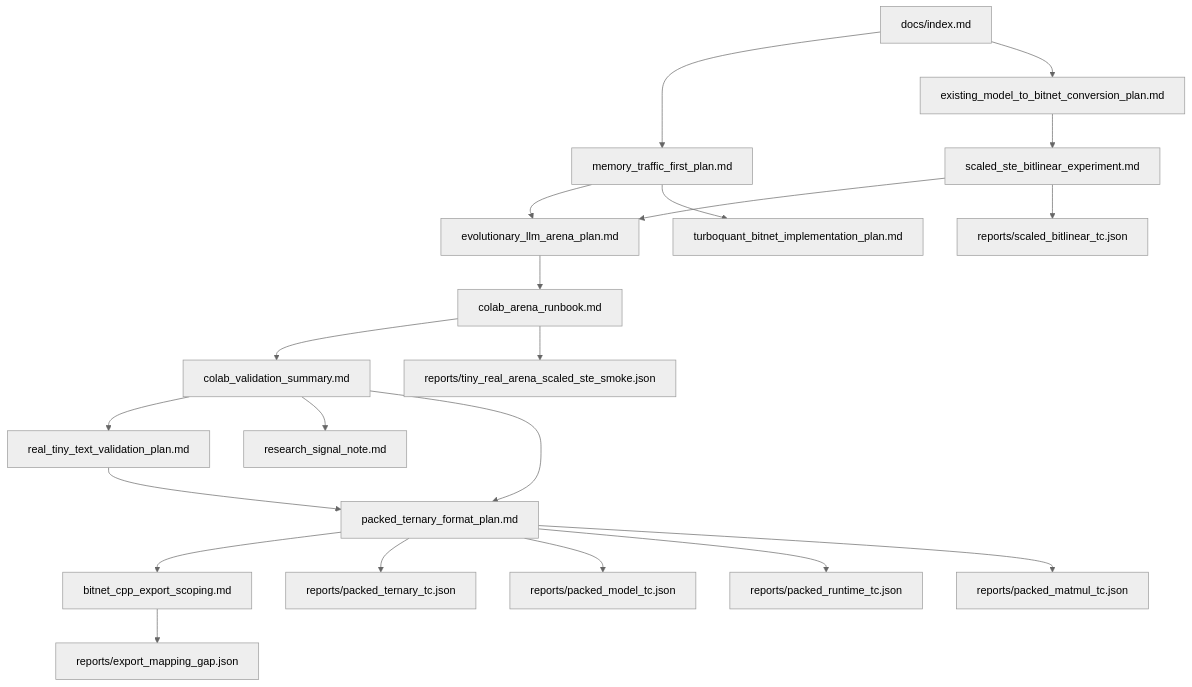
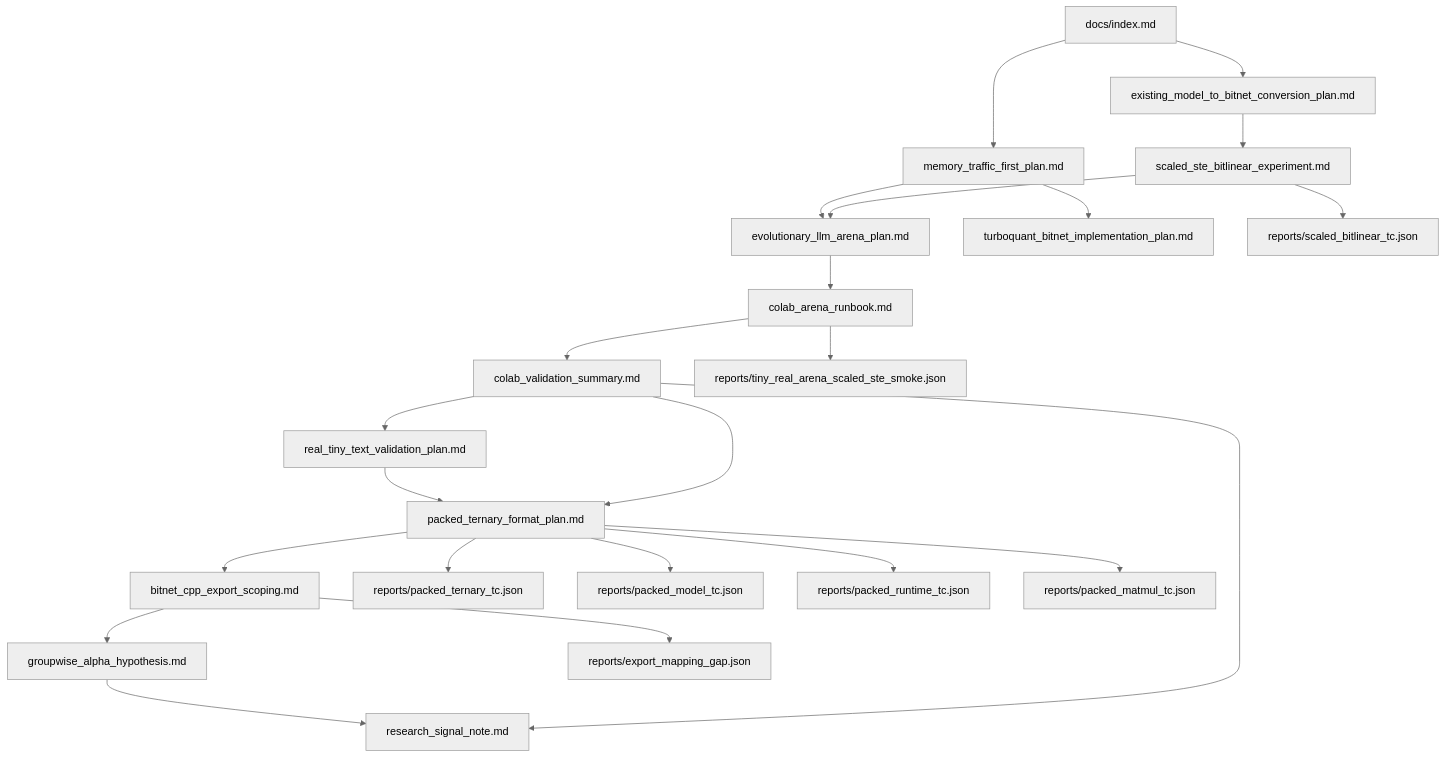
The diagram in docs/index.md (gtpk/BitNet-Transformers), drawn with Mermaid (neutral theme) before and after one commit. The commit also changed other lines of this file and 3 other files, not shown here.

Commit message:
Document groupwise alpha hypothesis

````diff
--- a/docs/index.md
+++ b/docs/index.md
@@ -101,23 +103,25 @@
 ```mermaid
 flowchart TD
   A["docs/index.md"] --> B["memory_traffic_first_plan.md"]
   A --> C["existing_model_to_bitnet_conversion_plan.md"]
   C --> D["scaled_ste_bitlinear_experiment.md"]
   D --> E["evolutionary_llm_arena_plan.md"]
   E --> F["colab_arena_runbook.md"]
   F --> J["colab_validation_summary.md"]
   J --> K["real_tiny_text_validation_plan.md"]
   J --> L["research_signal_note.md"]
   J --> M["packed_ternary_format_plan.md"]
   K --> M["packed_ternary_format_plan.md"]
   M --> R["bitnet_cpp_export_scoping.md"]
+  R --> T["groupwise_alpha_hypothesis.md"]
+  T --> L
   B --> E
   B --> G["turboquant_bitnet_implementation_plan.md"]
   F --> H["reports/tiny_real_arena_scaled_ste_smoke.json"]
   D --> I["reports/scaled_bitlinear_tc.json"]
   M --> N["reports/packed_ternary_tc.json"]
   M --> O["reports/packed_model_tc.json"]
   M --> P["reports/packed_runtime_tc.json"]
   M --> Q["reports/packed_matmul_tc.json"]
   R --> S["reports/export_mapping_gap.json"]
 ```
````
